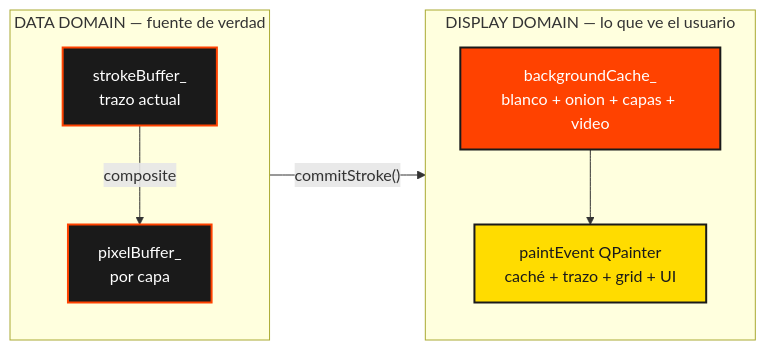
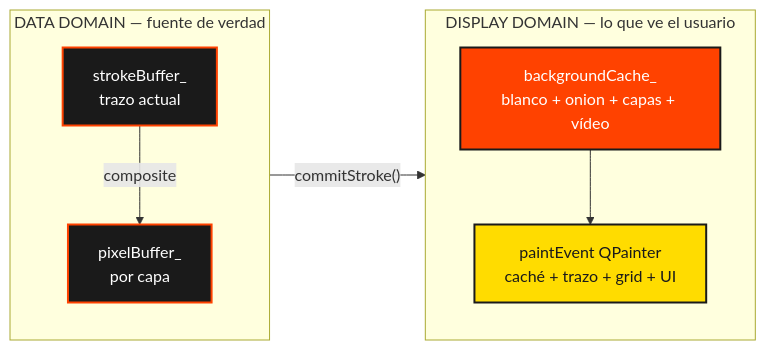
The second of 3 diagrams in README.md (freeanimationpower/FreeAnimationPower), drawn with Mermaid before and after one commit. The commit also changed other lines of this file, not shown here.

````diff
--- a/README.md
+++ b/README.md
@@ -216,23 +216,23 @@
 ```mermaid
 flowchart LR
     classDef ui fill:#ffdc00,stroke:#1a1a1a,color:#1a1a1a,stroke-width:2px;
     classDef engine fill:#ff4200,stroke:#1a1a1a,color:#ffffff,stroke-width:2px;
     classDef data fill:#1a1a1a,stroke:#ff4200,color:#ffffff,stroke-width:2px;
     classDef ext fill:#ffffff,stroke:#1a1a1a,color:#1a1a1a,stroke-width:2px;
         subgraph DATA["DATA DOMAIN — fuente de verdad"]
             direction TB
             PX["pixelBuffer_<br/>por capa"]
             ST["strokeBuffer_<br/>trazo actual"]
         end
         subgraph DISP["DISPLAY DOMAIN — lo que ve el usuario"]
             direction TB
-            BG["backgroundCache_<br/>blanco + onion + capas + video"]
+            BG["backgroundCache_<br/>blanco + onion + capas + vídeo"]
             PA["paintEvent QPainter<br/>caché + trazo + grid + UI"]
         end
         ST -- "composite" --> PX
         PX -- "commitStroke()" --> BG
         BG --> PA
         class PX,ST data
         class BG engine
         class PA ui
 ```
````
